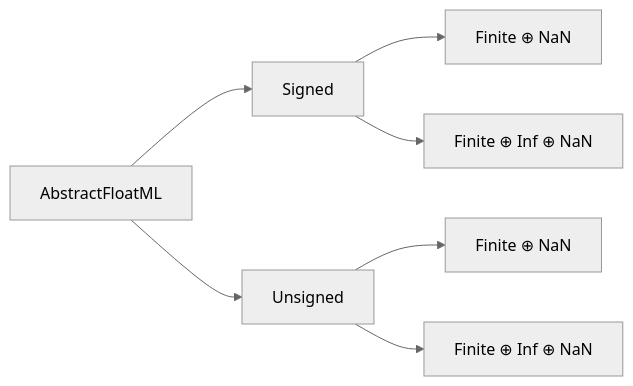
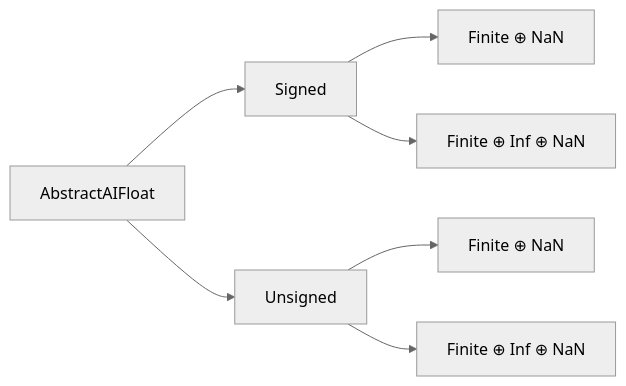
One commit to JeffreySarnoff/AIFloats.jl changed the second of 2 diagrams in docs/src/abstractions.md. Above: the diagram before and after it, drawn with Mermaid (neutral theme). The commit also changed other lines of this file and 8 other files, not shown here.

````diff
--- a/docs/src/abstractions.md
+++ b/docs/src/abstractions.md
@@ -18,10 +18,10 @@
 ```mermaid
 graph LR
-    A[AbstractFloatML] 
+    A[AbstractAIFloat]
     A--> S[Signed]
     A--> U[Unsigned]
     S--> SF[Finite ⊕ NaN]
     S--> SE[Finite ⊕ Inf ⊕ NaN]
     U--> UF[Finite ⊕ NaN]
     U--> UE[Finite ⊕ Inf ⊕ NaN]
 ```
````
